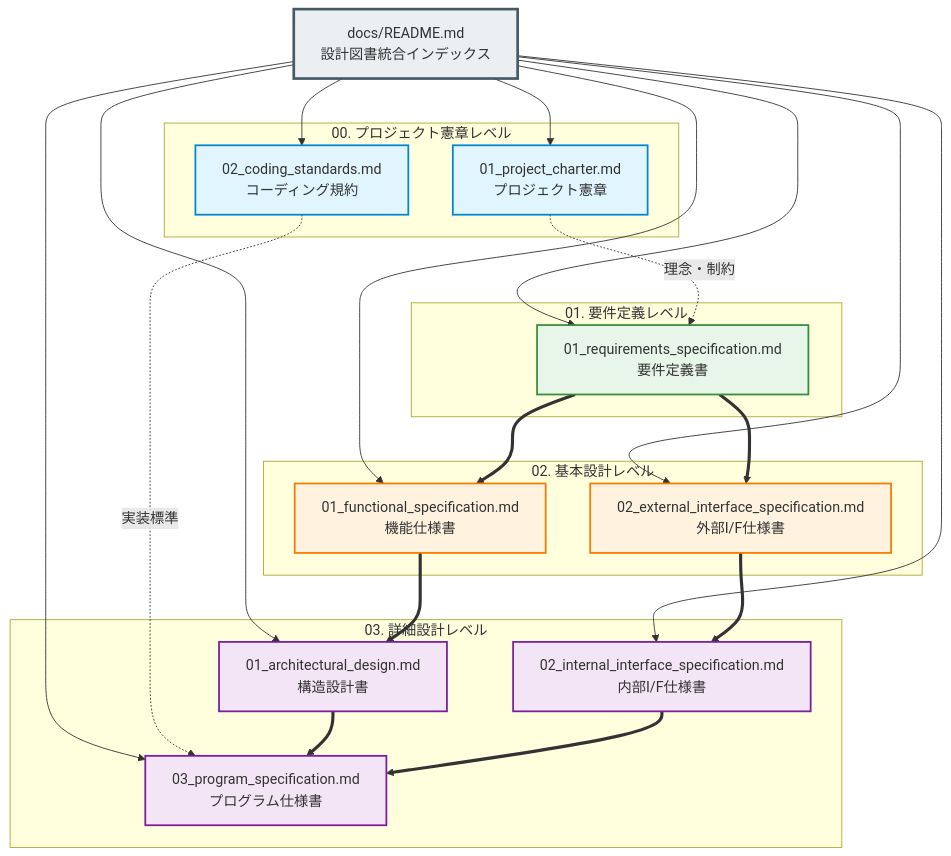
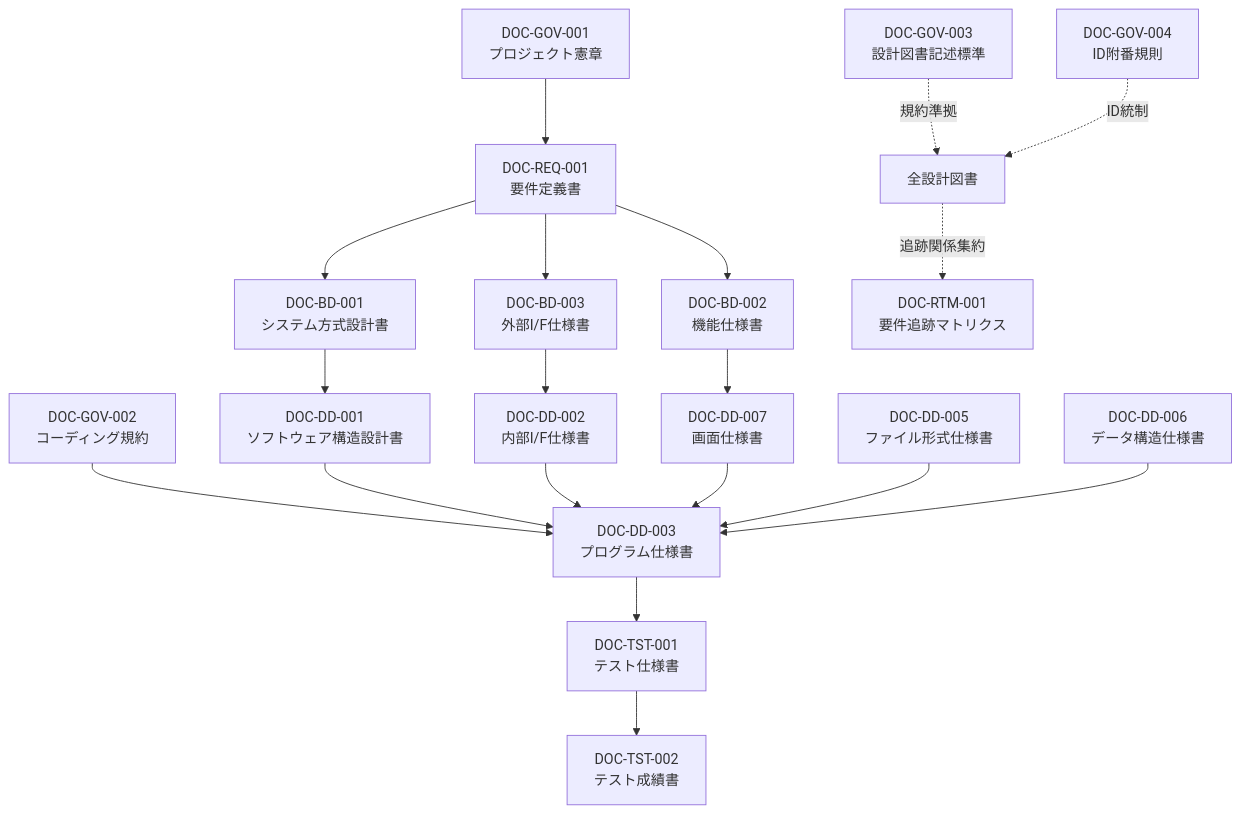
The diagram in docs/README.md (N-Y-Public/marp-slide-mcp), drawn with Mermaid before and after one commit. The commit also changed other lines of this file and 89 other files, not shown here.

````diff
--- a/docs/README.md
+++ b/docs/README.md
@@ -26,48 +67,26 @@
 ```mermaid
-graph TD
-    classDef charter fill:#e1f5fe,stroke:#0288d1,stroke-width:2px;
-    classDef req fill:#e8f5e9,stroke:#388e3c,stroke-width:2px;
-    classDef basic fill:#fff3e0,stroke:#f57c00,stroke-width:2px;
-    classDef detail fill:#f3e5f5,stroke:#7b1fa2,stroke-width:2px;
-    classDef hub fill:#eceff1,stroke:#455a64,stroke-width:3px;
+flowchart TD
+    GOV1["DOC-GOV-001<br>プロジェクト憲章"] --> REQ1["DOC-REQ-001<br>要件定義書"]
+    GOV2["DOC-GOV-002<br>コーディング規約"] --> DD3["DOC-DD-003<br>プログラム仕様書"]
+    GOV3["DOC-GOV-003<br>設計図書記述標準"] -.規約準拠.-> ALL["全設計図書"]
+    GOV4["DOC-GOV-004<br>ID附番規則"] -.ID統制.-> ALL
 
-    INDEX[docs/README.md<br>設計図書統合インデックス]:::hub
+    REQ1 --> BD1["DOC-BD-001<br>システム方式設計書"]
+    REQ1 --> BD2["DOC-BD-002<br>機能仕様書"]
+    REQ1 --> BD3["DOC-BD-003<br>外部I/F仕様書"]
 
-    subgraph L0 ["00. プロジェクト憲章レベル"]
-        PC1[01_project_charter.md<br>プロジェクト憲章]:::charter
-        PC2[02_coding_standards.md<br>コーディング規約]:::charter
-    end
+    BD1 --> DD1["DOC-DD-001<br>ソフトウェア構造設計書"]
+    BD2 --> DD7["DOC-DD-007<br>画面仕様書"]
+    BD3 --> DD2["DOC-DD-002<br>内部I/F仕様書"]
 
-    subgraph L1 ["01. 要件定義レベル"]
-        REQ1[01_requirements_specification.md<br>要件定義書]:::req
-    end
+    DD1 --> DD3
+    DD2 --> DD3
+    DD7 --> DD3
+    DD5["DOC-DD-005<br>ファイル形式仕様書"] --> DD3
+    DD6["DOC-DD-006<br>データ構造仕様書"] --> DD3
 
-    subgraph L2 ["02. 基本設計レベル"]
-        BD1[01_functional_specification.md<br>機能仕様書]:::basic
-        BD2[02_external_interface_specification.md<br>外部I/F仕様書]:::basic
-    end
+    DD3 --> TST1["DOC-TST-001<br>テスト仕様書"]
+    TST1 --> TST2["DOC-TST-002<br>テスト成績書"]
 
-    subgraph L3 ["03. 詳細設計レベル"]
-        DD1[01_architectural_design.md<br>構造設計書]:::detail
-        DD2[02_internal_interface_specification.md<br>内部I/F仕様書]:::detail
-        DD3[03_program_specification.md<br>プログラム仕様書]:::detail
-    end
-
-    INDEX --> PC1
-    INDEX --> PC2
-    INDEX --> REQ1
-    INDEX --> BD1
-    INDEX --> BD2
-    INDEX --> DD1
-    INDEX --> DD2
-    INDEX --> DD3
-
-    PC1 -.理念・制約.-> REQ1
-    PC2 -.実装標準.-> DD3
-    REQ1 ==> BD1
-    REQ1 ==> BD2
-    BD1 ==> DD1
-    BD2 ==> DD2
-    DD1 ==> DD3
-    DD2 ==> DD3
+    ALL -.追跡関係集約.-> RTM1["DOC-RTM-001<br>要件追跡マトリクス"]
 ```
````
